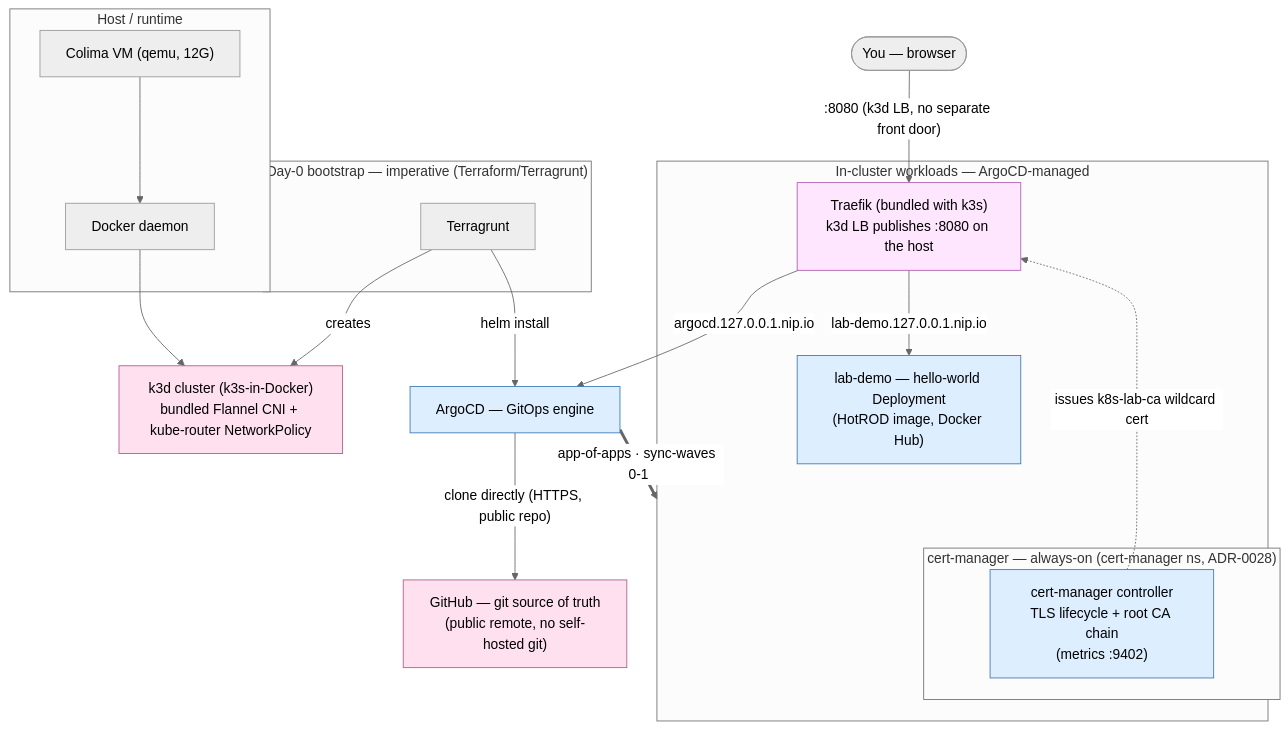
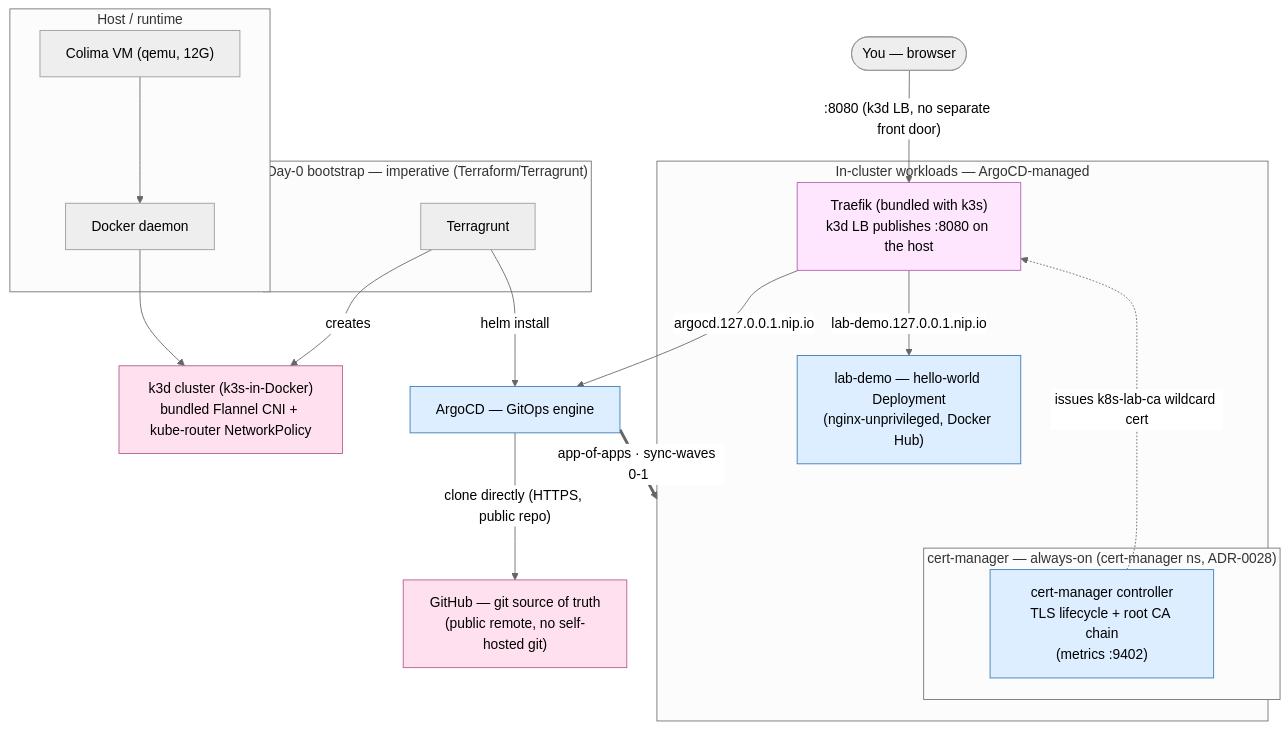
The diagram in docs/dependency-tree.md (tooming/k8s-anywhere), drawn with Mermaid (neutral theme) before and after one commit. The commit also changed other lines of this file and 8 other files, not shown here.

````diff
--- a/docs/dependency-tree.md
+++ b/docs/dependency-tree.md
@@ -20,44 +20,44 @@
 ```mermaid
 graph TD
   classDef boot fill:#ffe0ef,stroke:#b3598a,color:#000
   classDef gitops fill:#dceeff,stroke:#3b78b3,color:#000
   classDef ing fill:#ffe6ff,stroke:#b35bb3,color:#000
 
   user(["You — browser"])
 
   subgraph HOST["Host / runtime"]
     colima["Colima VM (qemu, 12G)"]
     dockerd["Docker daemon"]
     colima --> dockerd
   end
 
   subgraph BOOT["Day-0 bootstrap — imperative (Terraform/Terragrunt)"]
     tg["Terragrunt"]
   end
 
   github["GitHub — git source of truth<br/>(public remote, no self-hosted git)"]:::boot
   k3d["k3d cluster (k3s-in-Docker)<br/>bundled Flannel CNI + kube-router NetworkPolicy"]:::boot
   argocd["ArgoCD — GitOps engine"]:::gitops
 
   dockerd --> k3d
   tg -->|creates| k3d
   tg -->|helm install| argocd
   argocd -->|"clone directly (HTTPS, public repo)"| github
   argocd ==>|"app-of-apps · sync-waves 0-1"| AOA
 
   subgraph AOA["In-cluster workloads — ArgoCD-managed"]
     subgraph CERTMANAGER["cert-manager — always-on (cert-manager ns, ADR-0028)"]
       certmanagerctrl["cert-manager controller<br/>TLS lifecycle + root CA chain<br/>(metrics :9402)"]:::gitops
     end
     traefik["Traefik (bundled with k3s)<br/>k3d LB publishes :8080 on the host"]:::ing
-    demo["lab-demo — hello-world Deployment<br/>(HotROD image, Docker Hub)"]:::gitops
+    demo["lab-demo — hello-world Deployment<br/>(nginx-unprivileged, Docker Hub)"]:::gitops
   end
 
   %% --- cert-manager TLS lifecycle ---
   certmanagerctrl -.->|"issues k8s-lab-ca wildcard cert"| traefik
 
   %% --- ingress (north-south) ---
   user -->|":8080 (k3d LB, no separate front door)"| traefik
   traefik -->|argocd.127.0.0.1.nip.io| argocd
   traefik -->|lab-demo.127.0.0.1.nip.io| demo
 ```
````
